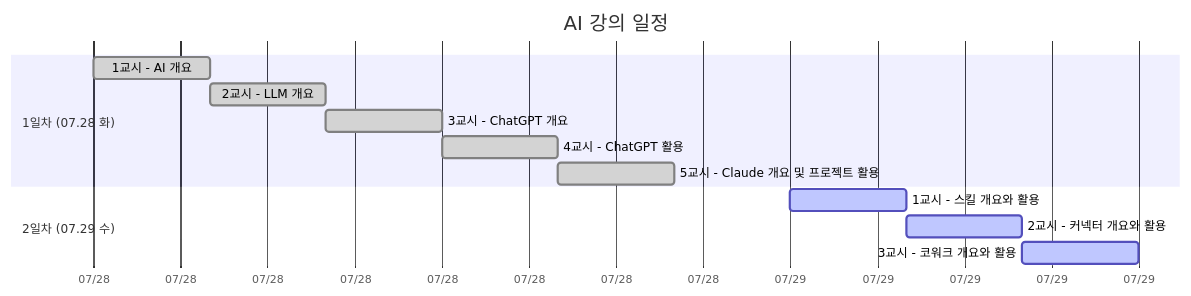
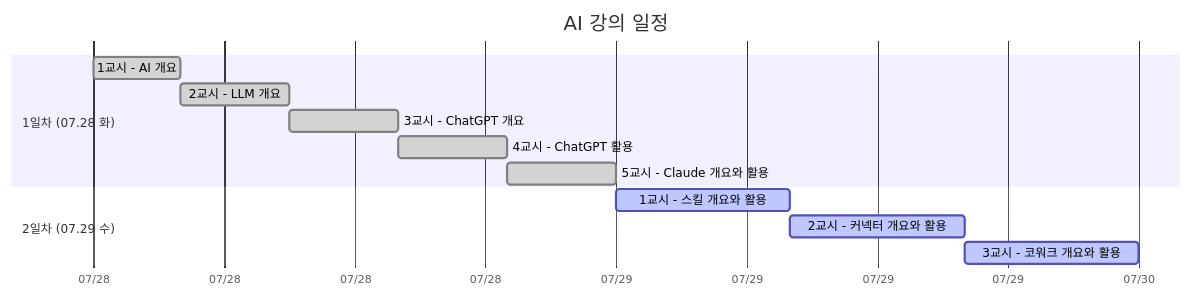
One commit to soobook/2026-LLM changed the first of 9 diagrams in README.md. Above: the diagram before and after it, drawn with Mermaid.

````diff
--- a/README.md
+++ b/README.md
@@ -15,19 +15,19 @@
 ```mermaid
 gantt
     title AI 강의 일정
     dateFormat YYYY-MM-DD
     axisFormat %m/%d
     excludes weekends
 
     section 1일차 (07.28 화)
     1교시 - AI 개요                      :done, a1, 2026-07-28, 4h
-    2교시 - LLM 개요                     :done, a2, after a1, 4h
-    3교시 - ChatGPT 개요                 :done, a3, after a2, 4h
-    4교시 - ChatGPT 활용                 :done, a4, after a3, 4h
-    5교시 - Claude 개요 및 프로젝트 활용 :done, a5, after a4, 4h
+    2교시 - LLM 개요                     :done, a2, after a1, 5h
+    3교시 - ChatGPT 개요                 :done, a3, after a2, 5h
+    4교시 - ChatGPT 활용                 :done, a4, after a3, 5h
+    5교시 - Claude 개요와 활용           :done, a5, after a4, 5h
 
     section 2일차 (07.29 수)
-    1교시 - 스킬 개요와 활용             :active, b1, 2026-07-29, 4h
-    2교시 - 커넥터 개요와 활용           :active, b2, after b1, 4h
-    3교시 - 코워크 개요와 활용           :active, b3, after b2, 4h
+    1교시 - 스킬 개요와 활용             :active, b1, 2026-07-29, 8h
+    2교시 - 커넥터 개요와 활용           :active, b2, after b1, 8h
+    3교시 - 코워크 개요와 활용           :active, b3, after b2, 8h
 ```
````
